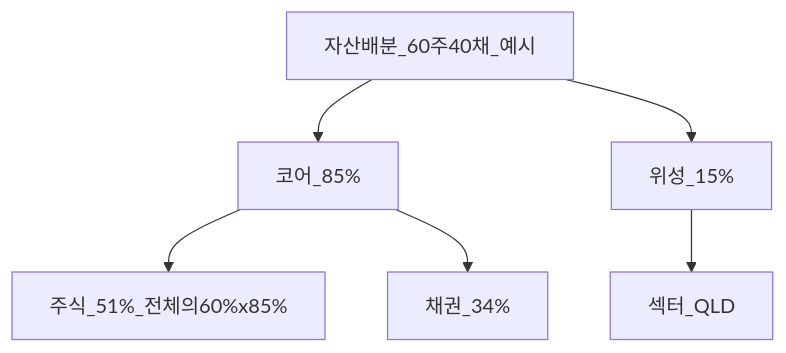
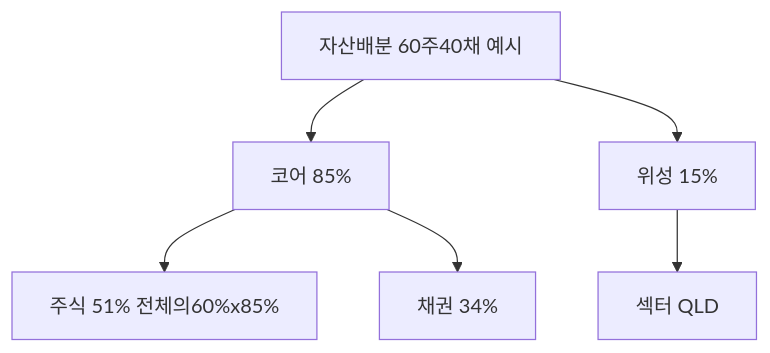
Before and after one commit to goldanghenry/Finances: the second of 2 diagrams in 04-portfolio/asset-allocation.md, drawn with Mermaid. The commit also changed other lines of this file and 211 other files, not shown here.

````diff
--- a/04-portfolio/asset-allocation.md
+++ b/04-portfolio/asset-allocation.md
@@ -115,9 +117,9 @@
 ```mermaid
 flowchart TB
-  AA[자산배분_60주40채_예시]
-  AA --> Core[코어_85%]
-  AA --> Sat[위성_15%]
-  Core --> S60[주식_51%_전체의60%x85%]
-  Core --> B34[채권_34%]
-  Sat --> Theme[섹터_QLD]
+  AA["자산배분 60주40채 예시"]
+  AA --> Core["코어 85%"]
+  AA --> Sat["위성 15%"]
+  Core --> S60["주식 51% 전체의60%x85%"]
+  Core --> B34["채권 34%"]
+  Sat --> Theme["섹터 QLD"]
 ```
````
